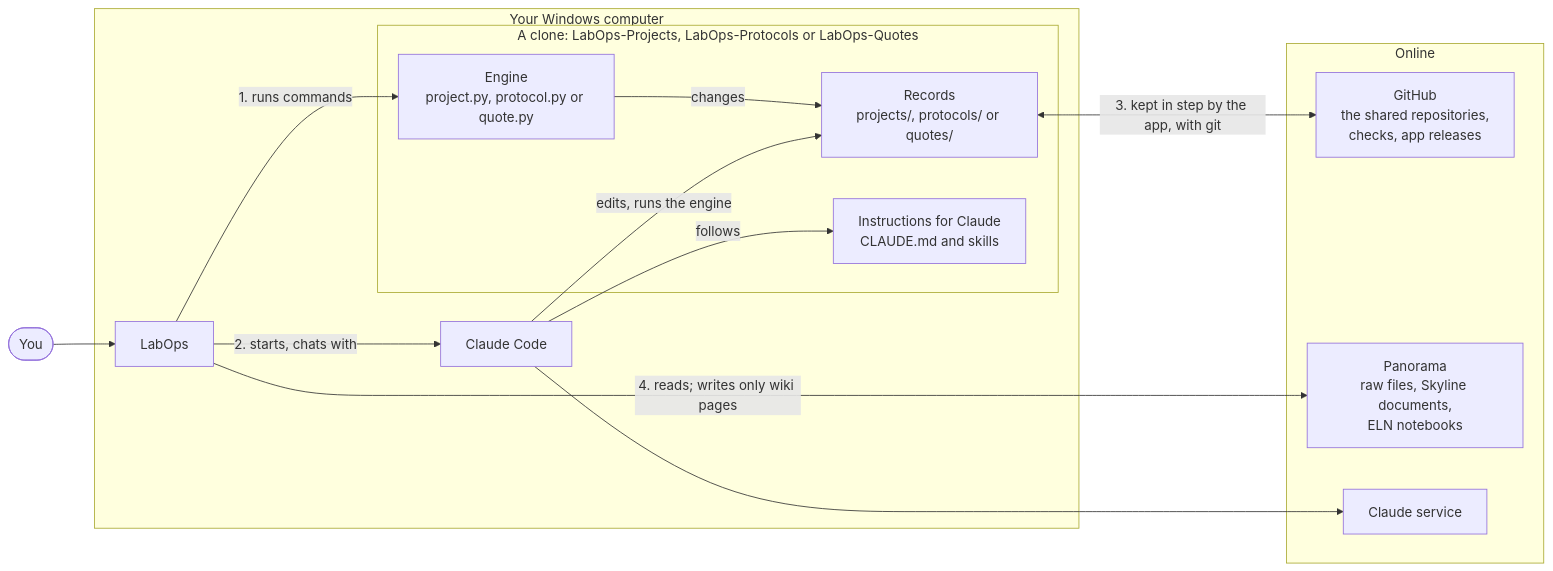
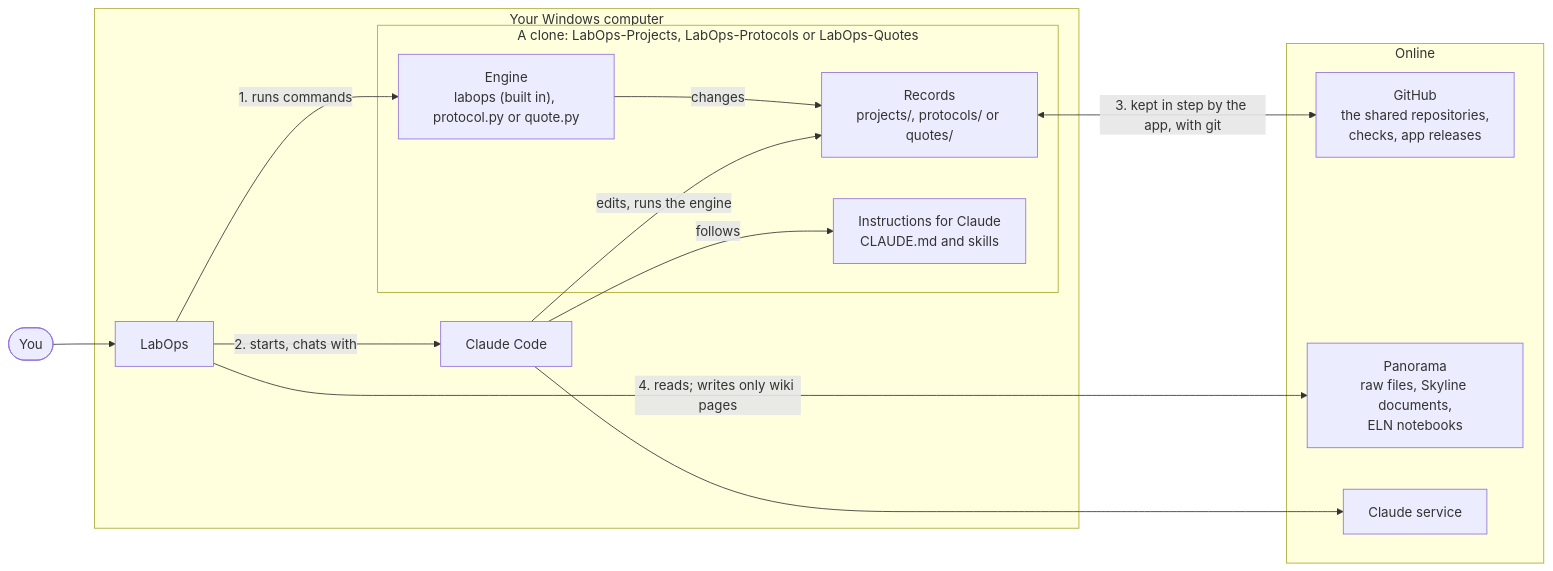
The first of 6 diagrams in docs/architecture.md (uw-maccosslab/LabOps), drawn with Mermaid before and after one commit. The commit also changed other lines of this file and 63 other files, not shown here.

````diff
--- a/docs/architecture.md
+++ b/docs/architecture.md
@@ -26,29 +28,29 @@
 ```mermaid
 flowchart LR
     you(["You"]) --> app
 
     subgraph computer["Your Windows computer"]
         app["LabOps"]
         claude["Claude Code"]
         subgraph clone["A clone: LabOps-Projects, LabOps-Protocols or LabOps-Quotes"]
             records["Records<br/>projects/, protocols/ or quotes/"]
-            engine["Engine<br/>project.py, protocol.py or quote.py"]
+            engine["Engine<br/>labops (built in), protocol.py or quote.py"]
             guide["Instructions for Claude<br/>CLAUDE.md and skills"]
         end
     end
 
     subgraph online["Online"]
         github["GitHub<br/>the shared repositories,<br/>checks, app releases"]
         panorama["Panorama<br/>raw files, Skyline documents,<br/>ELN notebooks"]
         claudeService["Claude service"]
     end
 
     app -->|"1. runs commands"| engine
     engine -->|"changes"| records
     app -->|"2. starts, chats with"| claude
     claude -->|"follows"| guide
     claude -->|"edits, runs the engine"| records
     records <-->|"3. kept in step by the app, with git"| github
     app -->|"4. reads; writes only wiki pages"| panorama
     claude --> claudeService
 ```
````
